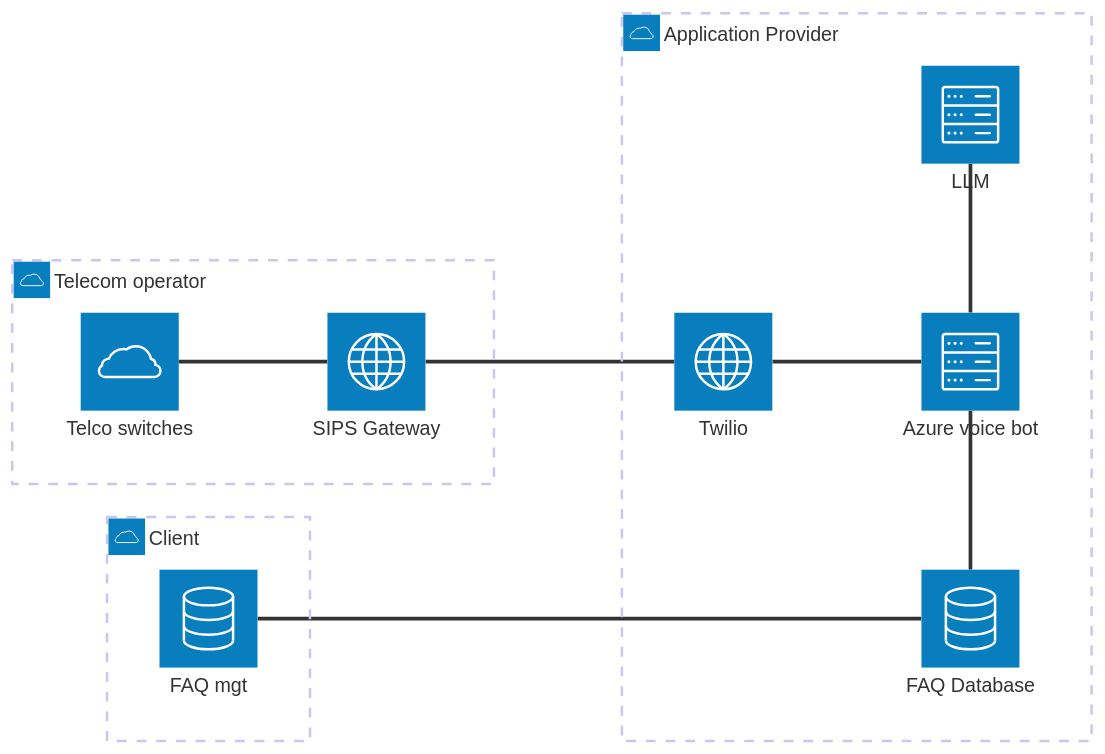
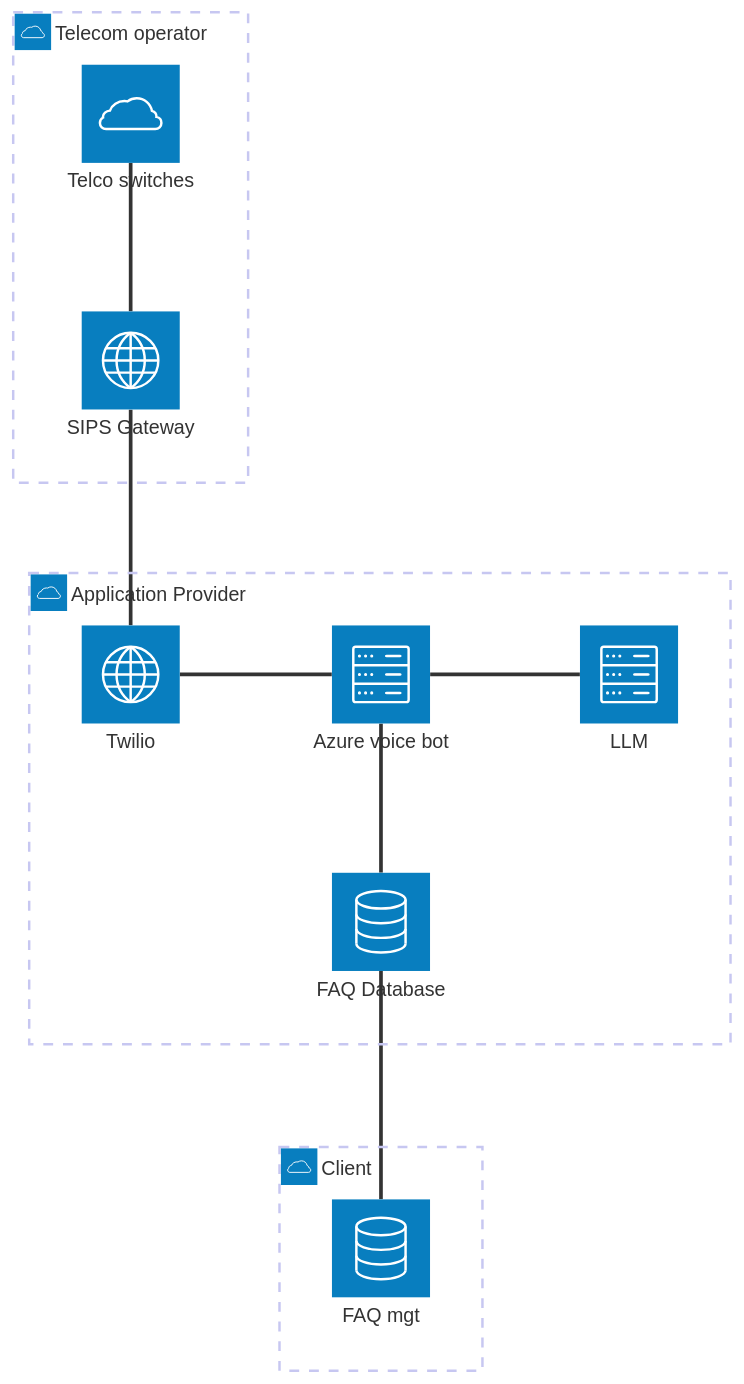
The diagram in content/book/act3-delegation/ai-voice.md (pve/hugo-site-dias), drawn with Mermaid before and after one commit. The commit also changed 24 other files, not shown here.

````diff
--- a/content/book/act3-delegation/ai-voice.md
+++ b/content/book/act3-delegation/ai-voice.md
@@ -13,22 +13,22 @@
 ```mermaid
 architecture-beta
     group frontend(cloud)[Telecom operator]
         service telco(cloud)[Telco switches] in frontend
         service sips(internet)[SIPS Gateway] in frontend
     
     group backend(cloud)[Application Provider]
         service app_server(server)[Azure voice bot] in backend
         service twilio(internet)[Twilio] in backend
         service database(database)[FAQ Database] in backend
         service llm(server)[LLM] in backend
 
     group configuration(cloud)[Client]
         service faq(database)[FAQ mgt]    in configuration
     
-    telco:R -- L:sips
-    sips:R -- L:twilio
+    telco:B -- T:sips
+    sips:B -- T:twilio
     twilio:R -- L:app_server
+    app_server:R -- L:llm
     app_server:B -- T:database
-    llm:B -- T:app_server
-    faq:R -- L:database
+    database:B -- T:faq
 ```
````
